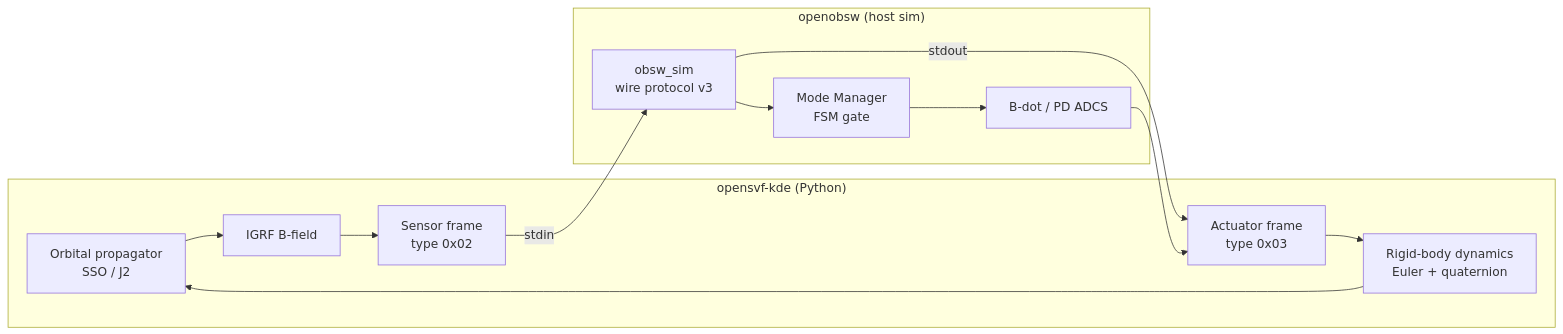
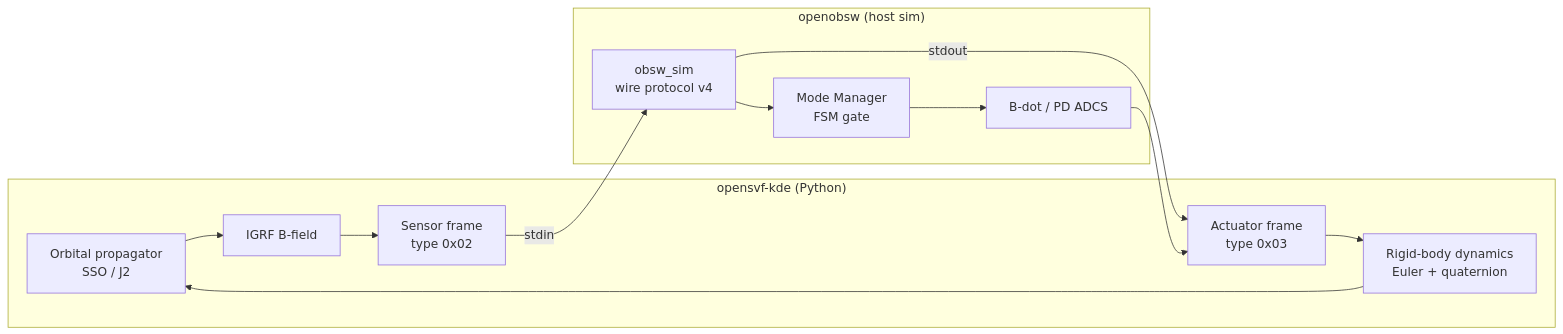
The fourth of 4 diagrams in docs/architecture.md (lipofefeyt/openobsw), drawn with Mermaid before and after one commit. The commit also changed other lines of this file and 24 other files, not shown here.

First line of the commit message:
feat(sim): wire protocol v4, sensor frame carries an OBC thermal input

````diff
--- a/docs/architecture.md
+++ b/docs/architecture.md
@@ -672,16 +676,16 @@
 ```mermaid
 flowchart LR
     subgraph "opensvf-kde (Python)"
         ORB[Orbital propagator\nSSO / J2] --> IGRF[IGRF B-field]
         IGRF --> SF[Sensor frame\ntype 0x02]
         AF[Actuator frame\ntype 0x03] --> DYN[Rigid-body dynamics\nEuler + quaternion]
         DYN --> ORB
     end
     subgraph "openobsw (host sim)"
-        SF -->|stdin| SIM[obsw_sim\nwire protocol v3]
+        SF -->|stdin| SIM[obsw_sim\nwire protocol v4]
         SIM -->|stdout| AF
         SIM --> MODE[Mode Manager\nFSM gate]
         MODE --> BDOT[B-dot / PD ADCS]
         BDOT --> AF
     end
 ```
````
